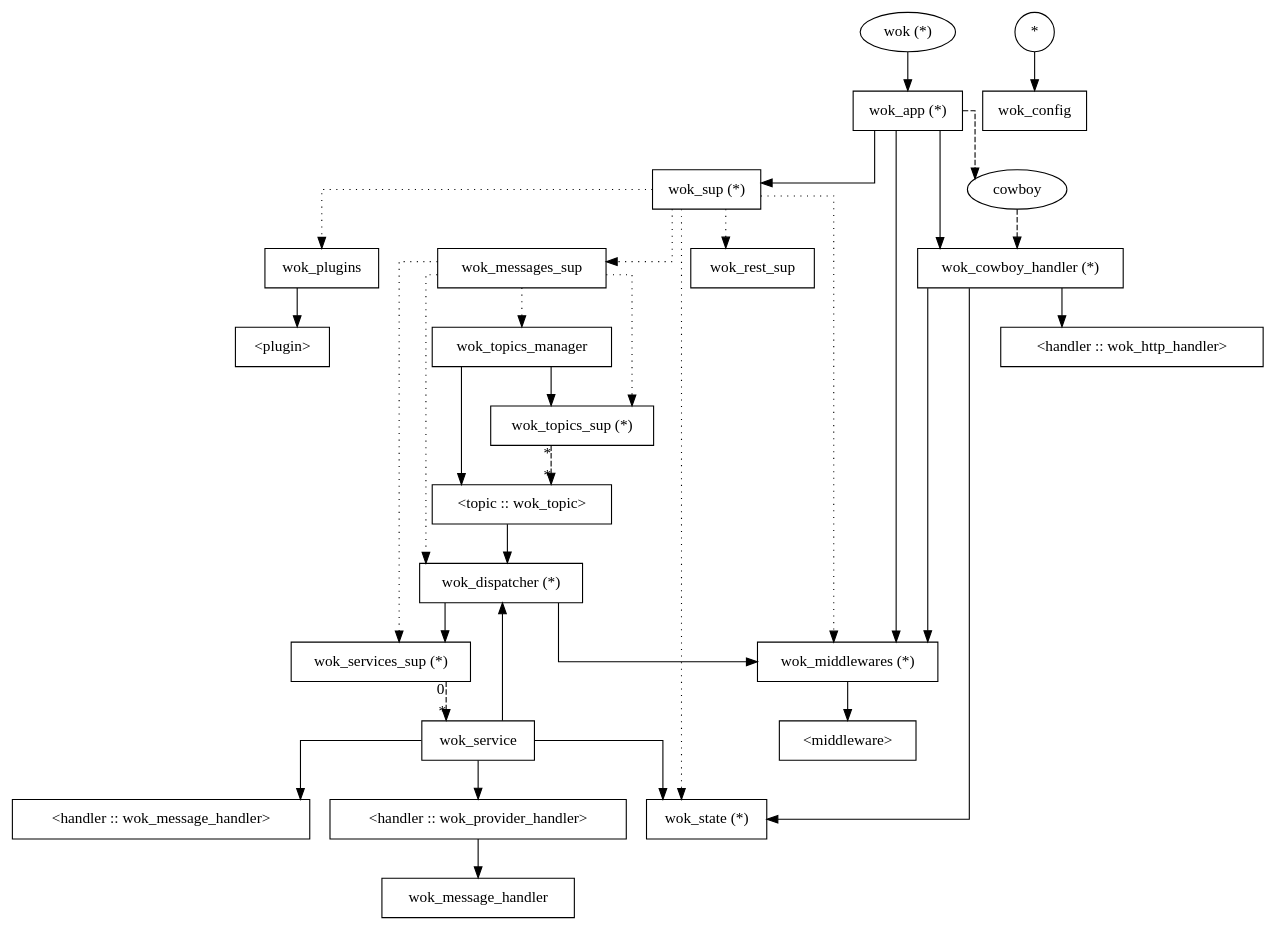
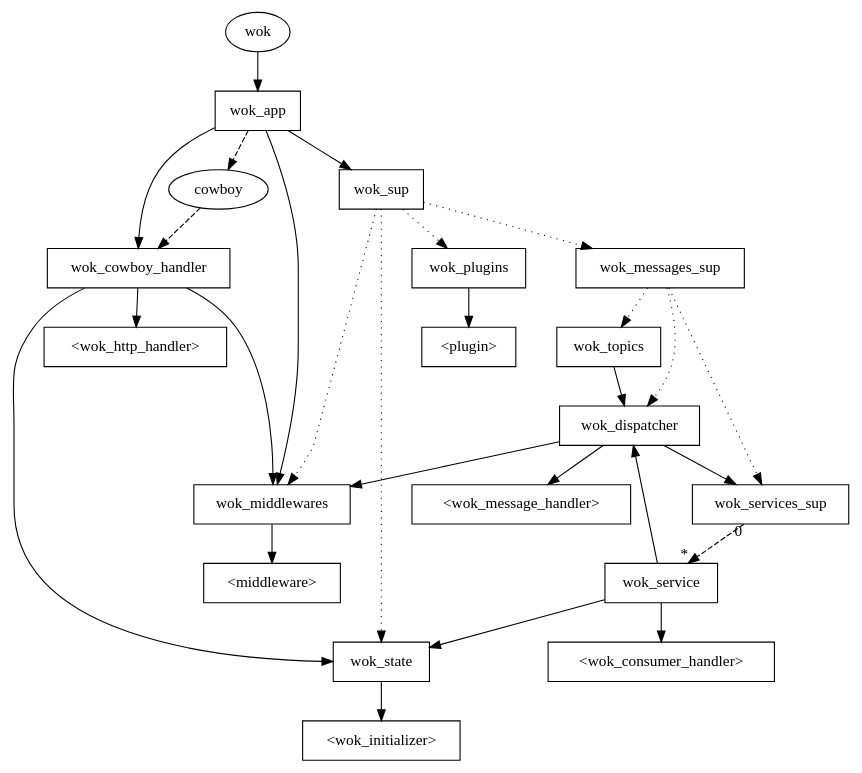
One commit to botsunit/wok changed the diagram in images/wok.call.gv. Above: the diagram before and after it, drawn with Graphviz. The commit also changed 13 other files, not shown here.

```diff
--- a/images/wok.call.gv
+++ b/images/wok.call.gv
@@ -1,71 +1,50 @@
 digraph wok {
   node[shape=box];
   graph[
     overlap=false,
-    splines=ortho
+    splines=true
   ]
 
-  wok[shape=oval, label="wok (*)"];
-  wok_app[label="wok_app (*)"];
-  wok_sup[label="wok_sup (*)"];
-  wok_cowboy_handler[label="wok_cowboy_handler (*)"];
-  wok_middlewares[label="wok_middlewares (*)"];
-  wok_dispatcher[label="wok_dispatcher (*)"];
-  wok_services_sup[label="wok_services_sup (*)"];
-  wok_topics_sup[label="wok_topics_sup (*)"];
-  wok_topic[label="wok_topic (*)"];
-  wok_state[label="wok_state (*)"];
+  wok[shape=oval];
   cowboy[shape=oval];
-  __wok_config__[shape=circle, label="*"];
-  wok_topic[label = "<topic :: wok_topic>"];
 
   wok -> wok_app;
 
   wok_app -> wok_sup;
   wok_app -> cowboy [style=dashed];
   wok_app -> wok_cowboy_handler;
   wok_app -> wok_middlewares;
 
   wok_sup -> wok_messages_sup [style=dotted];
-  wok_sup -> wok_rest_sup [style=dotted];
   wok_sup -> wok_plugins [style=dotted];
   wok_sup -> wok_middlewares [style=dotted];
   wok_sup -> wok_state [style=dotted];
 
   wok_plugins -> "<plugin>";
 
   cowboy -> wok_cowboy_handler [style=dashed];
 
-  wok_cowboy_handler -> "<handler :: wok_http_handler>";
+  wok_cowboy_handler -> "<wok_http_handler>";
   wok_cowboy_handler -> wok_middlewares;
   wok_cowboy_handler -> wok_state;
 
   wok_middlewares -> "<middleware>";
 
   wok_messages_sup -> wok_dispatcher [style=dotted];
   wok_messages_sup -> wok_services_sup [style=dotted];
-  wok_messages_sup -> wok_topics_sup [style=dotted];
-  wok_messages_sup -> wok_topics_manager [style=dotted];
-
-  wok_topics_manager -> wok_topics_sup;
-  wok_topics_manager -> wok_topic;
+  wok_messages_sup -> wok_topics [style=dotted];
 
   wok_dispatcher -> wok_services_sup;
   wok_dispatcher -> wok_middlewares;
+  wok_dispatcher -> "<wok_message_handler>";
 
   wok_services_sup -> wok_service [style=dashed, headlabel="*", taillabel="0"];
 
-  wok_topics_sup -> wok_topic [style=dashed, headlabel="*", taillabel="*"];
-
-  wok_topic -> wok_dispatcher;
+  wok_topics -> wok_dispatcher;
 
   wok_service -> wok_dispatcher;
-  wok_service -> "<handler :: wok_message_handler>";
-  wok_service -> "<handler :: wok_provider_handler>";
-  wok_service -> wok_state
+  wok_service -> "<wok_consumer_handler>";
+  wok_service -> wok_state;
 
-
-  "<handler :: wok_provider_handler>" -> wok_message_handler;
-
-  __wok_config__ -> wok_config;
+  wok_state -> "<wok_initializer>";
 }
```
